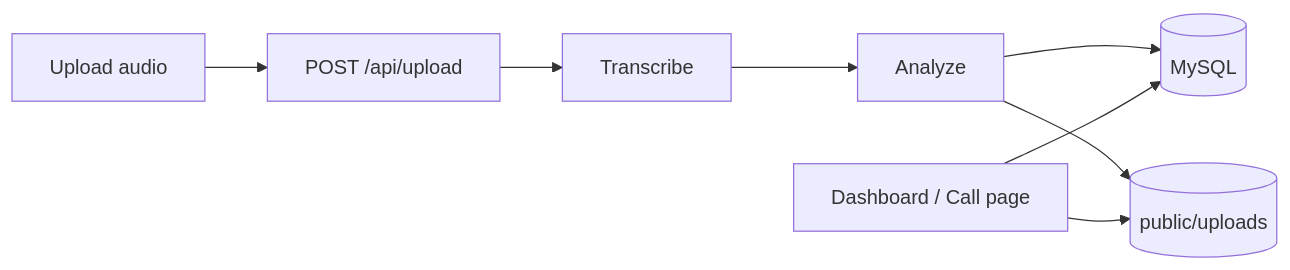
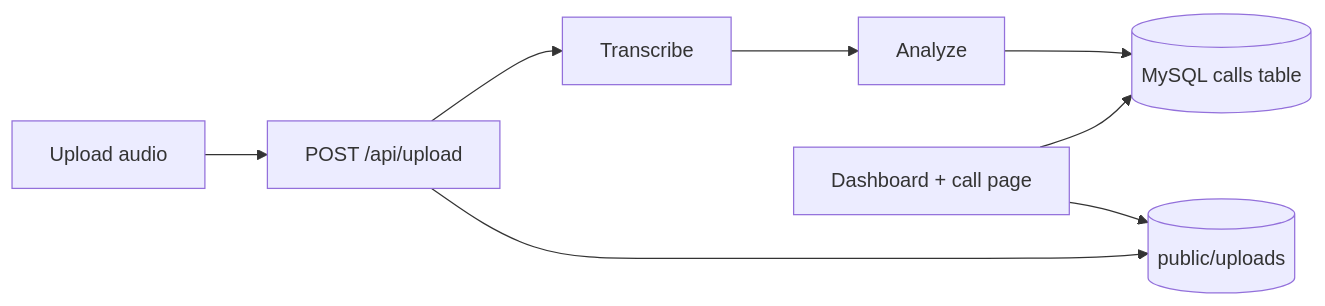
Before and after one commit to pankaj23591/vibe-coding-project: the diagram in README.md, drawn with Mermaid. The commit also changed other lines of this file and 47 other files, not shown here.

````diff
--- a/README.md
+++ b/README.md
@@ -20,10 +27,10 @@
 ```mermaid
 flowchart LR
-  Upload[Upload audio] --> API[POST /api/upload]
-  API --> Transcribe[Transcribe]
-  Transcribe --> Analyze[Analyze]
-  Analyze --> DB[(MySQL)]
-  Analyze --> Files[(public/uploads)]
-  UI[Dashboard / Call page] --> DB
-  UI --> Files
+  U[Upload audio] --> API[POST /api/upload]
+  API --> T[Transcribe]
+  T --> A[Analyze]
+  A --> DB[(MySQL calls table)]
+  API --> F[(public/uploads)]
+  UI[Dashboard + call page] --> DB
+  UI --> F
 ```
````
